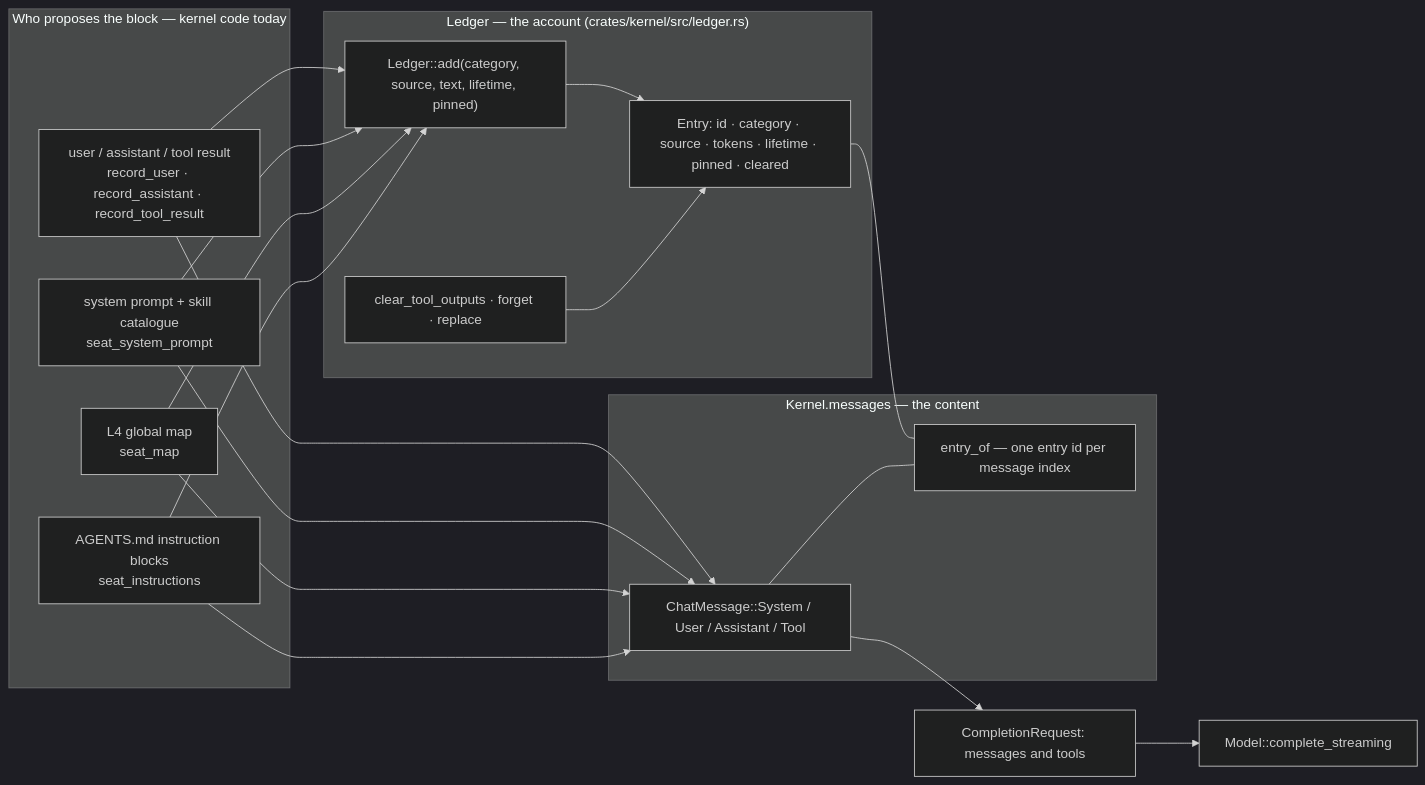
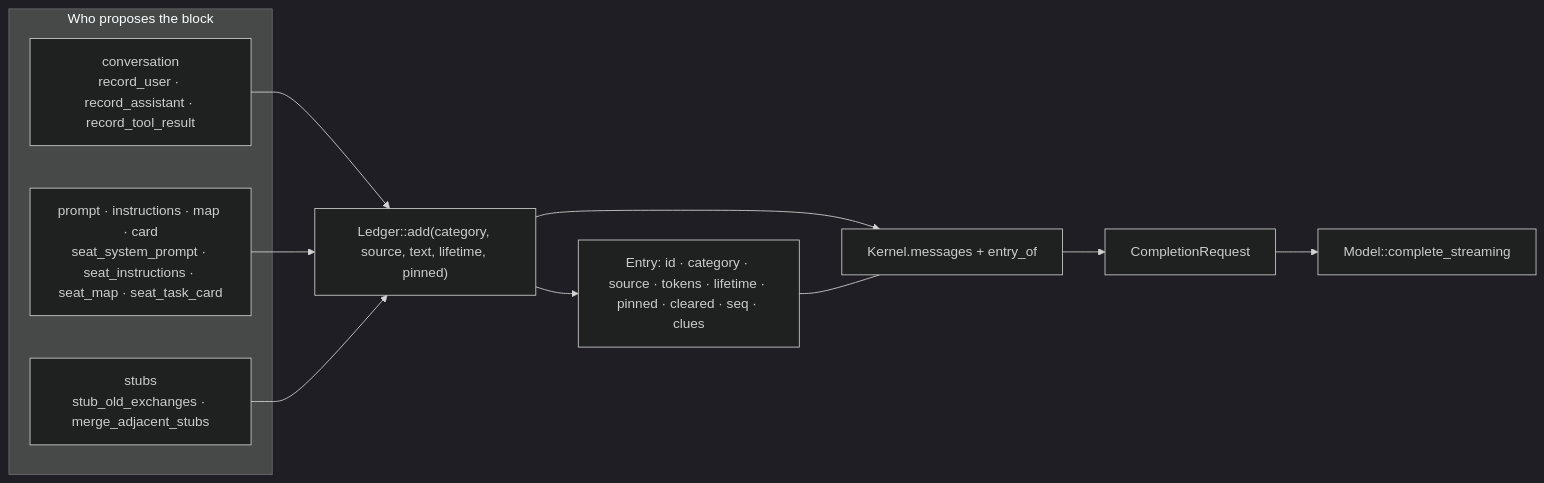
The diagram in docs/design/context-ledger.md (fengchangfight/loongagent), drawn with Mermaid (dark theme) before and after one commit. The commit also changed other lines of this file and 9 other files, not shown here.

````diff
--- a/docs/design/context-ledger.md
+++ b/docs/design/context-ledger.md
@@ -28,35 +25,18 @@
 ```mermaid
 flowchart LR
-    subgraph who["Who proposes the block — kernel code today"]
-        P1["user / assistant / tool result<br/>record_user · record_assistant · record_tool_result"]
-        P2["system prompt + skill catalogue<br/>seat_system_prompt"]
-        P3["L4 global map<br/>seat_map"]
-        P4["AGENTS.md instruction blocks<br/>seat_instructions"]
+    subgraph who["Who proposes the block"]
+        P1["conversation<br/>record_user · record_assistant · record_tool_result"]
+        P2["prompt · instructions · map · card<br/>seat_system_prompt · seat_instructions · seat_map · seat_task_card"]
+        P3["stubs<br/>stub_old_exchanges · merge_adjacent_stubs"]
     end
-    subgraph led["Ledger — the account (crates/kernel/src/ledger.rs)"]
-        ADD["Ledger::add(category, source, text, lifetime, pinned)"]
-        ENT["Entry: id · category · source · tokens · lifetime · pinned · cleared"]
-        MUT["clear_tool_outputs · forget · replace"]
-    end
-    subgraph msg["Kernel.messages — the content"]
-        MSG["ChatMessage::System / User / Assistant / Tool"]
-        IDX["entry_of — one entry id per message index"]
-    end
-    REQ["CompletionRequest: messages and tools"]
-    MODEL["Model::complete_streaming"]
-
+    ADD["Ledger::add(category, source, text, lifetime, pinned)"]
+    ENT["Entry: id · category · source · tokens · lifetime · pinned · cleared · seq · clues"]
+    MSG["Kernel.messages + entry_of"]
     P1 --> ADD
     P2 --> ADD
     P3 --> ADD
-    P4 --> ADD
     ADD --> ENT
-    MUT --> ENT
-    P1 --> MSG
-    P2 --> MSG
-    P3 --> MSG
-    P4 --> MSG
-    ENT --- IDX
-    MSG --- IDX
-    MSG --> REQ
-    REQ --> MODEL
+    ADD --> MSG
+    ENT --- MSG
+    MSG --> REQ["CompletionRequest"] --> MODEL["Model::complete_streaming"]
 ```
````
